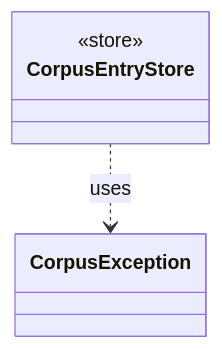
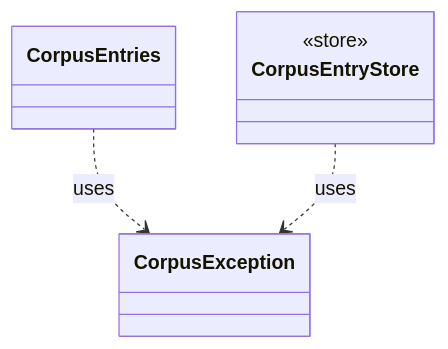
One commit to tlaplus/model-checker-hardening changed the diagram in dev/types/io.github.tlaplus.hardening.corpus.CorpusException.md. Above: the diagram before and after it, drawn with Mermaid. The commit also changed other lines of this file and 415 other files, not shown here.

````diff
--- a/dev/types/io.github.tlaplus.hardening.corpus.CorpusException.md
+++ b/dev/types/io.github.tlaplus.hardening.corpus.CorpusException.md
@@ -7,8 +7,10 @@
 ```mermaid
 classDiagram
   class CorpusException
+  class CorpusEntries
   class CorpusEntryStore {
     <<store>>
   }
+  CorpusEntries ..> CorpusException : uses
   CorpusEntryStore ..> CorpusException : uses
 ```
````
